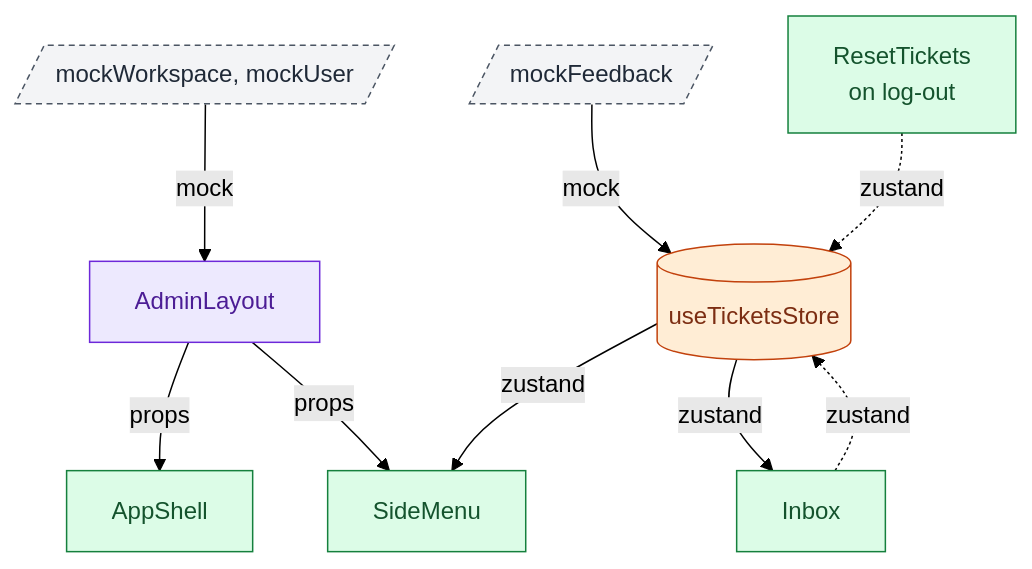
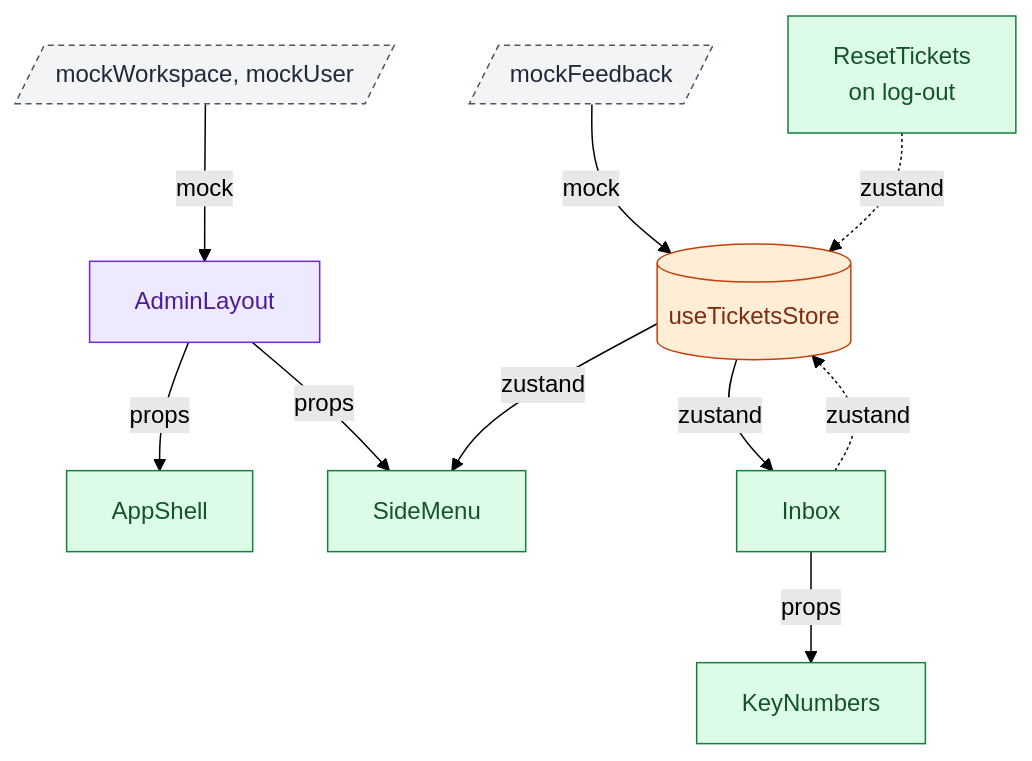
One commit to AlberteViendahl/feedback changed diagram 11 of 13 in apps/admin/docs/architecture.md. Above: the diagram before and after it, drawn with Mermaid (forest theme). The commit also changed other lines of this file, not shown here.

Commit message:
Updates to architecture

````diff
--- a/apps/admin/docs/architecture.md
+++ b/apps/admin/docs/architecture.md
@@ -444,26 +457,28 @@
 ```mermaid
 flowchart TD
   MockWorkspace[/"mockWorkspace, mockUser"/]:::mock
   MockFeedback[/"mockFeedback"/]:::mock
   Store[("useTicketsStore")]:::store
   AdminLayout["AdminLayout"]:::layout
   AppShell["AppShell"]:::component
   SideMenu["SideMenu"]:::component
   Inbox["Inbox"]:::component
+  KeyNumbers["KeyNumbers"]:::component
   ResetTickets["ResetTickets<br/>on log-out"]:::component
 
   MockWorkspace -- "mock" --> AdminLayout
   AdminLayout -- "props" --> AppShell
   AdminLayout -- "props" --> SideMenu
   MockFeedback -- "mock" --> Store
   Store -- "zustand" --> SideMenu
   Store -- "zustand" --> Inbox
+  Inbox -- "props" --> KeyNumbers
   Inbox -. "zustand" .-> Store
   ResetTickets -. "zustand" .-> Store
 
   classDef page fill:#DBEAFE,stroke:#1D4ED8,color:#1E3A8A
   classDef layout fill:#EDE9FE,stroke:#6D28D9,color:#4C1D95
   classDef component fill:#DCFCE7,stroke:#15803D,color:#14532D
   classDef store fill:#FFEDD5,stroke:#C2410C,color:#7C2D12
   classDef mock fill:#F3F4F6,stroke:#4B5563,color:#1F2937,stroke-dasharray:4 3
 ```
````
